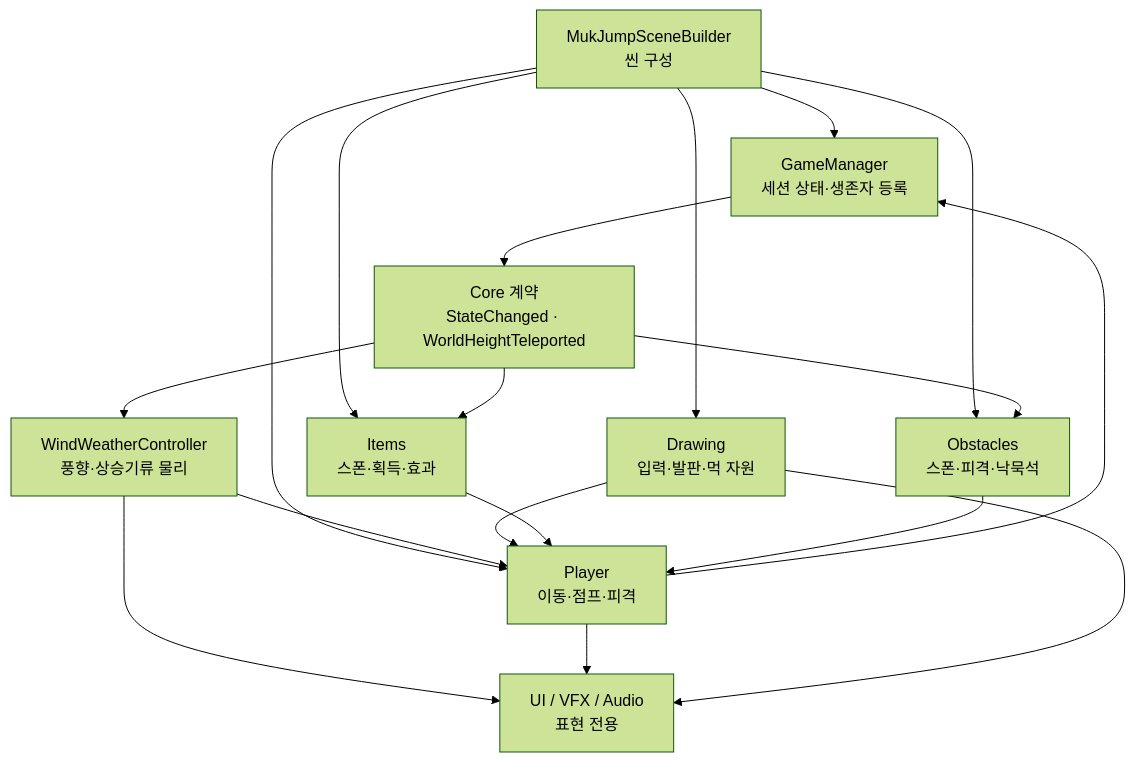
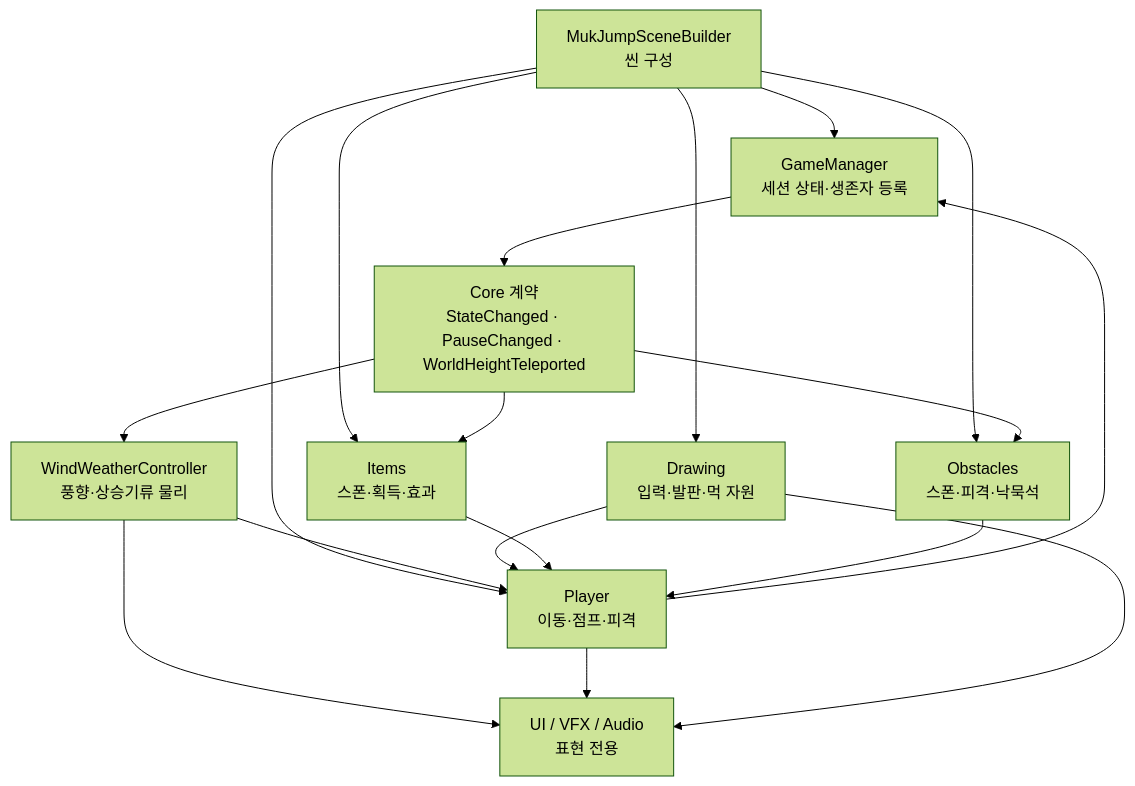
The diagram in docs/architecture.md (Team-Swooord/muk-jump), drawn with Mermaid (forest theme) before and after one commit. The commit also changed other lines of this file and 4 other files, not shown here.

````diff
--- a/docs/architecture.md
+++ b/docs/architecture.md
@@ -10,30 +10,30 @@
 ```mermaid
 flowchart TD
     Builder["MukJumpSceneBuilder<br/>씬 구성"]
     Manager["GameManager<br/>세션 상태·생존자 등록"]
-    Contracts["Core 계약<br/>StateChanged · WorldHeightTeleported"]
+    Contracts["Core 계약<br/>StateChanged · PauseChanged · WorldHeightTeleported"]
     Player["Player<br/>이동·점프·피격"]
     Drawing["Drawing<br/>입력·발판·먹 자원"]
     Items["Items<br/>스폰·획득·효과"]
     Obstacles["Obstacles<br/>스폰·피격·낙묵석"]
     Weather["WindWeatherController<br/>풍향·상승기류 물리"]
     Presentation["UI / VFX / Audio<br/>표현 전용"]
 
     Builder --> Manager
     Builder --> Player
     Builder --> Drawing
     Builder --> Items
     Builder --> Obstacles
     Manager --> Contracts
     Contracts --> Items
     Contracts --> Obstacles
     Contracts --> Weather
     Weather --> Player
     Weather --> Presentation
     Player --> Manager
     Drawing --> Player
     Items --> Player
     Obstacles --> Player
     Player --> Presentation
     Drawing --> Presentation
 ```
````
